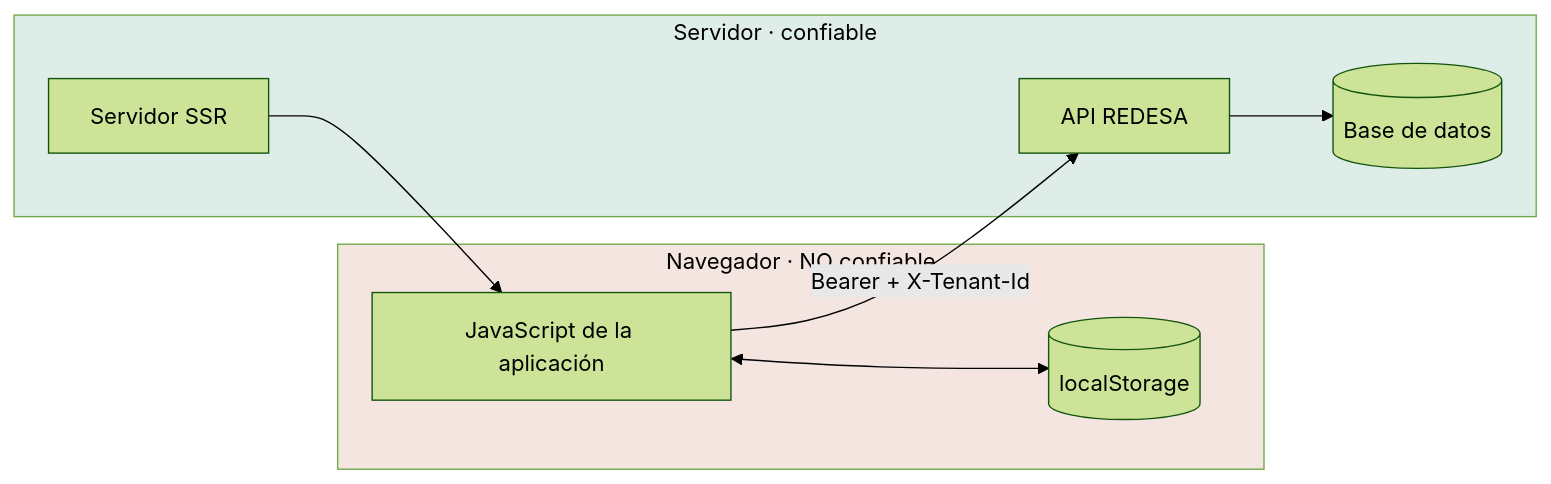
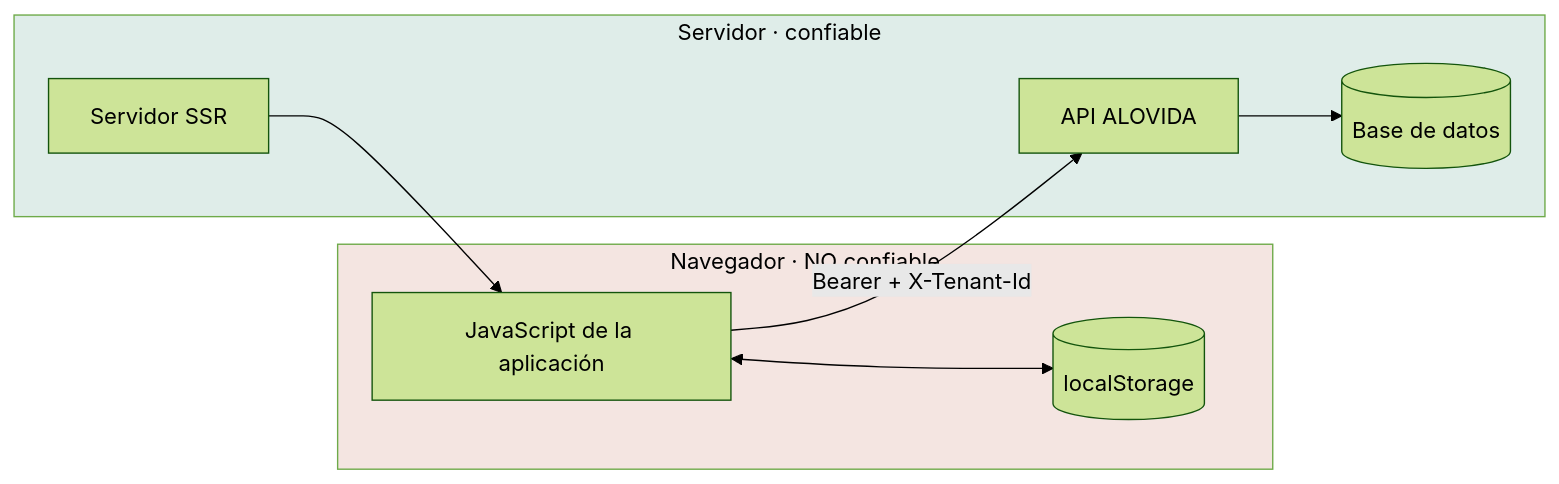
One commit to mdavila-2001/mantra-core-health changed the diagram in docs/security/threat-model.md. Above: the diagram before and after it, drawn with Mermaid (forest theme). The commit also changed 620 other files, not shown here.

First line of the commit message:
refactor(marca): fuera REDESA, VITARA y REDSAT — el nombre es ALOVIDA

````diff
--- a/docs/security/threat-model.md
+++ b/docs/security/threat-model.md
@@ -25,18 +25,18 @@
 ```mermaid
 graph LR
   subgraph NC["Navegador · NO confiable"]
     JS[JavaScript de la aplicación]
     LS[(localStorage)]
   end
   subgraph C["Servidor · confiable"]
     SSR[Servidor SSR]
-    API[API REDESA]
+    API[API ALOVIDA]
     DB[(Base de datos)]
   end
   JS -->|Bearer + X-Tenant-Id| API
   SSR --> JS
   API --> DB
   JS <--> LS
   style NC fill:#F4E5E1,color:#000
   style C fill:#DFEDE9,color:#000
 ```
````
